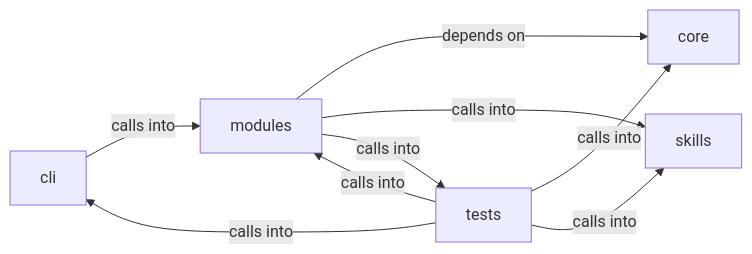
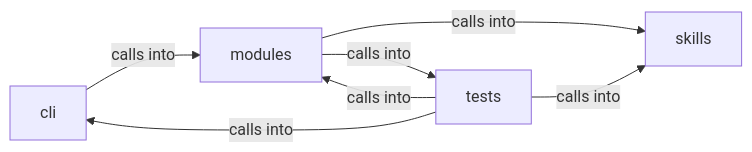
The diagram in readmenator-diagrams/modules_lazyown_facts.md (grisuno/LazyOwn), drawn with Mermaid before and after one commit. The commit also changed other lines of this file and 351 other files, not shown here.

````diff
--- a/readmenator-diagrams/modules_lazyown_facts.md
+++ b/readmenator-diagrams/modules_lazyown_facts.md
@@ -5,16 +5,13 @@
 ```mermaid
 graph LR
     cli["cli"]
-    core["core"]
     modules["modules"]
     skills["skills"]
     tests["tests"]
     cli -- "calls into" --> modules
-    modules -- "depends on" --> core
     modules -- "calls into" --> skills
     modules -- "calls into" --> tests
     tests -- "calls into" --> cli
-    tests -- "calls into" --> core
     tests -- "calls into" --> modules
     tests -- "calls into" --> skills
 ```
````
